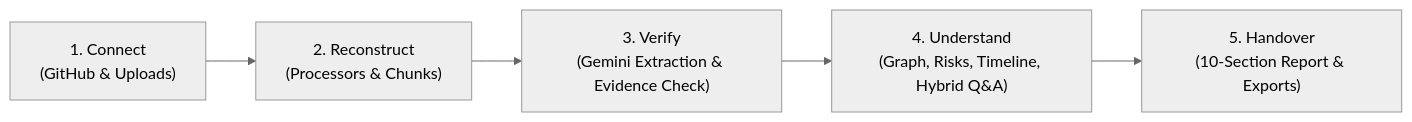
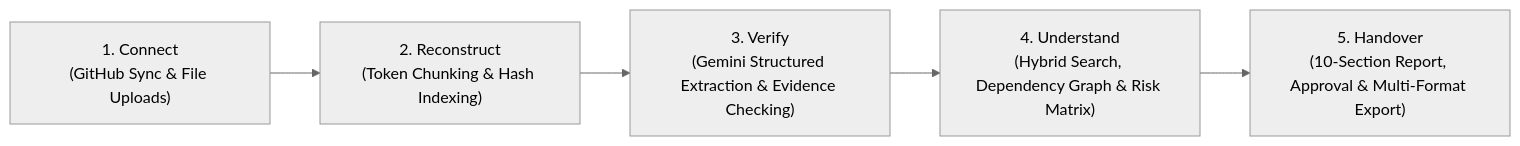
The second of 2 diagrams in README.md (KrehantGajjar10/ProjectX), drawn with Mermaid (neutral theme) before and after one commit. The commit also changed other lines of this file and 3 other files, not shown here.

````diff
--- a/README.md
+++ b/README.md
@@ -63,7 +109,7 @@
 ```mermaid
 flowchart LR
-    A["1. Connect<br/>(GitHub & Uploads)"] --> B["2. Reconstruct<br/>(Processors & Chunks)"]
-    B --> C["3. Verify<br/>(Gemini Extraction & Evidence Check)"]
-    C --> D["4. Understand<br/>(Graph, Risks, Timeline, Hybrid Q&A)"]
-    D --> E["5. Handover<br/>(10-Section Report & Exports)"]
+    A["1. Connect<br/>(GitHub Sync & File Uploads)"] --> B["2. Reconstruct<br/>(Token Chunking & Hash Indexing)"]
+    B --> C["3. Verify<br/>(Gemini Structured Extraction & Evidence Checking)"]
+    C --> D["4. Understand<br/>(Hybrid Search, Dependency Graph & Risk Matrix)"]
+    D --> E["5. Handover<br/>(10-Section Report, Approval & Multi-Format Export)"]
 ```
````
